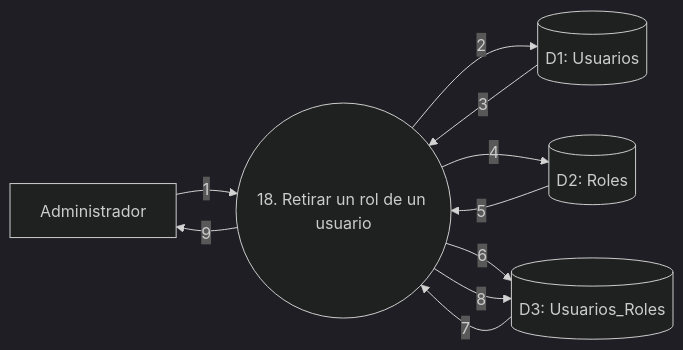
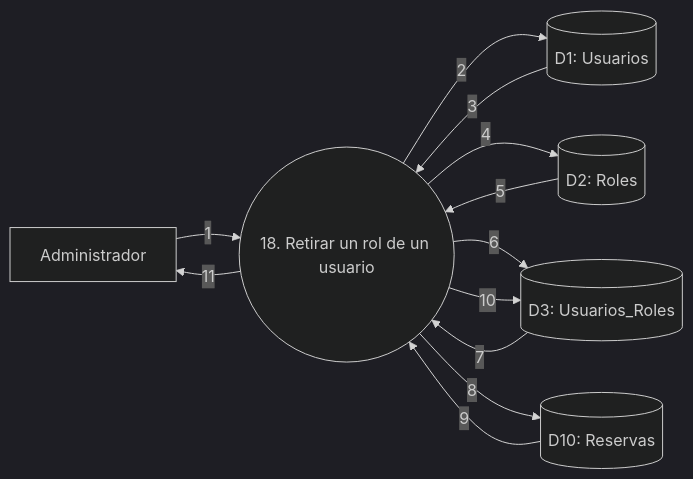
Diagram 18 of 29 in docs/DFD.md (fasempertegui/Matchpoint-Taller), drawn with Mermaid (dark theme) before and after one commit. The commit also changed other lines of this file and 17 other files, not shown here.

````diff
--- a/docs/DFD.md
+++ b/docs/DFD.md
@@ -491,18 +495,21 @@
 ```mermaid
 flowchart LR
     A[Administrador]
     P((18. Retirar un rol de un usuario))
     D1[(D1: Usuarios)]
     D2[(D2: Roles)]
     D3[(D3: Usuarios_Roles)]
+    D10[(D10: Reservas)]
 
     A -->|1| P
     P -->|2| D1
     D1 -->|3| P
     P -->|4| D2
     D2 -->|5| P
     P -->|6| D3
     D3 -->|7| P
-    P -->|8| D3
-    P -->|9| A
+    P -->|8| D10
+    D10 -->|9| P
+    P -->|10| D3
+    P -->|11| A
 ```
````
